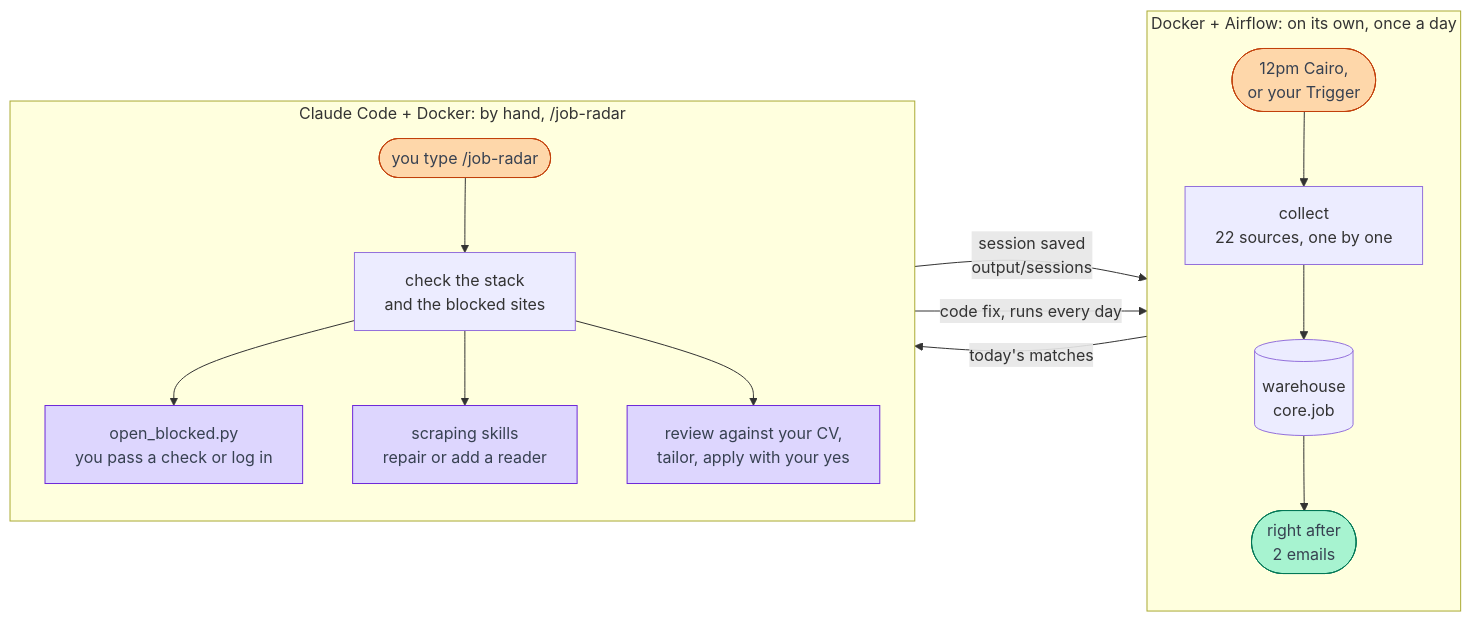
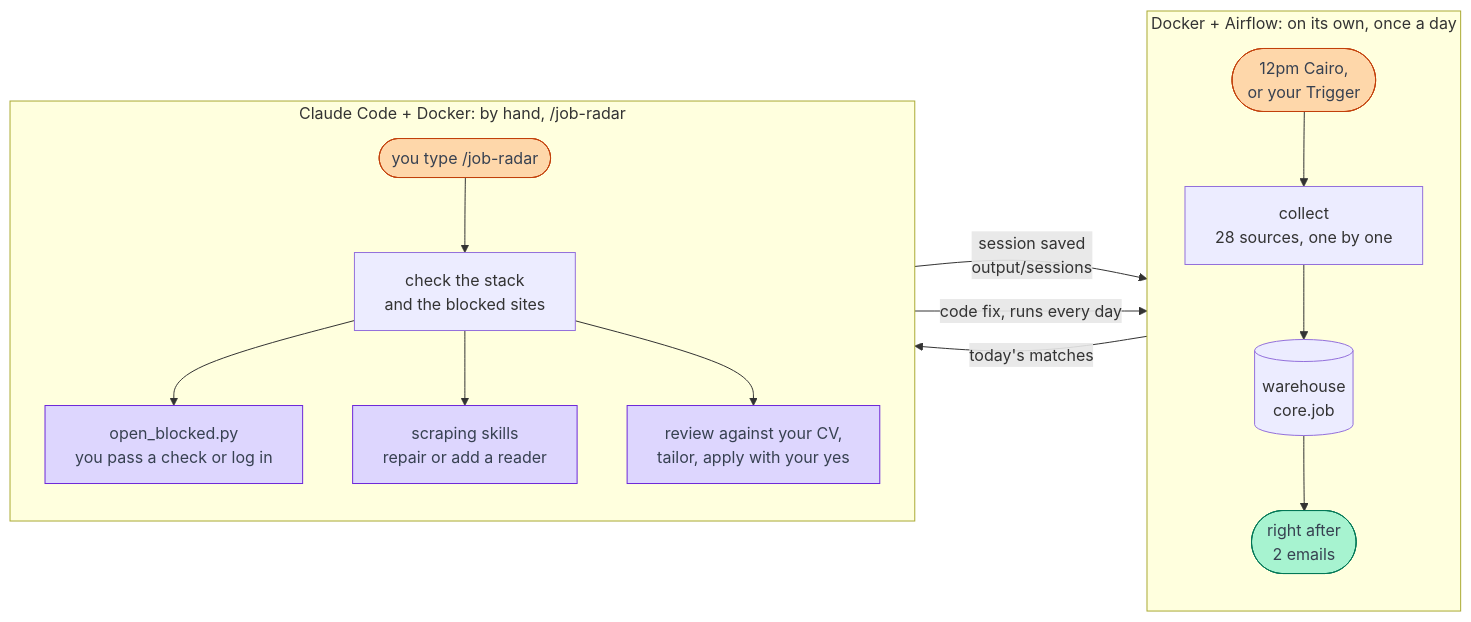
One commit to omarshalabyy1/job-radar changed the first of 4 diagrams in docs/architecture.md. Above: the diagram before and after it, drawn with Mermaid. The commit also changed other lines of this file and 9 other files, not shown here.

Commit message:
Docs and diagrams: 28 sources with LinkedIn through Apify, 12 extract tasks, core.job_seen and core.claude_grade (off), the Dashboard with board filters and age levels

````diff
--- a/docs/architecture.md
+++ b/docs/architecture.md
@@ -15,25 +15,25 @@
 ```mermaid
 %% flowchart: the two ways to run job-radar, and how they feed each other
 %% 1 Docker + Airflow on its own once a day | 2 Claude Code + Docker by hand (/job-radar)
 flowchart LR
     subgraph auto["Docker + Airflow: on its own, once a day"]
         direction TB
-        noon(["12pm Cairo,<br>or your Trigger"]):::trigger --> collect["collect<br>22 sources, one by one"]
+        noon(["12pm Cairo,<br>or your Trigger"]):::trigger --> collect["collect<br>28 sources, one by one"]
         collect --> warehouse[("warehouse<br>core.job")]
         warehouse --> mails(["right after<br>2 emails"]):::success
     end
     subgraph hand["Claude Code + Docker: by hand, /job-radar"]
         direction TB
         you(["you type /job-radar"]):::trigger --> check["check the stack<br>and the blocked sites"]
         check --> unlock["open_blocked.py<br>you pass a check or log in"]:::ai
         check --> repair["scraping skills<br>repair or add a reader"]:::ai
         check --> review["review against your CV,<br>tailor, apply with your yes"]:::ai
     end
     unlock -->|"session saved<br>output/sessions"| collect
     repair -->|"code fix, runs every day"| collect
     warehouse -->|"today's matches"| review
 
     classDef trigger fill:#fed7aa,stroke:#c2410c,color:#374151
     classDef success fill:#a7f3d0,stroke:#047857,color:#374151
     classDef ai fill:#ddd6fe,stroke:#6d28d9,color:#374151
 ```
````
